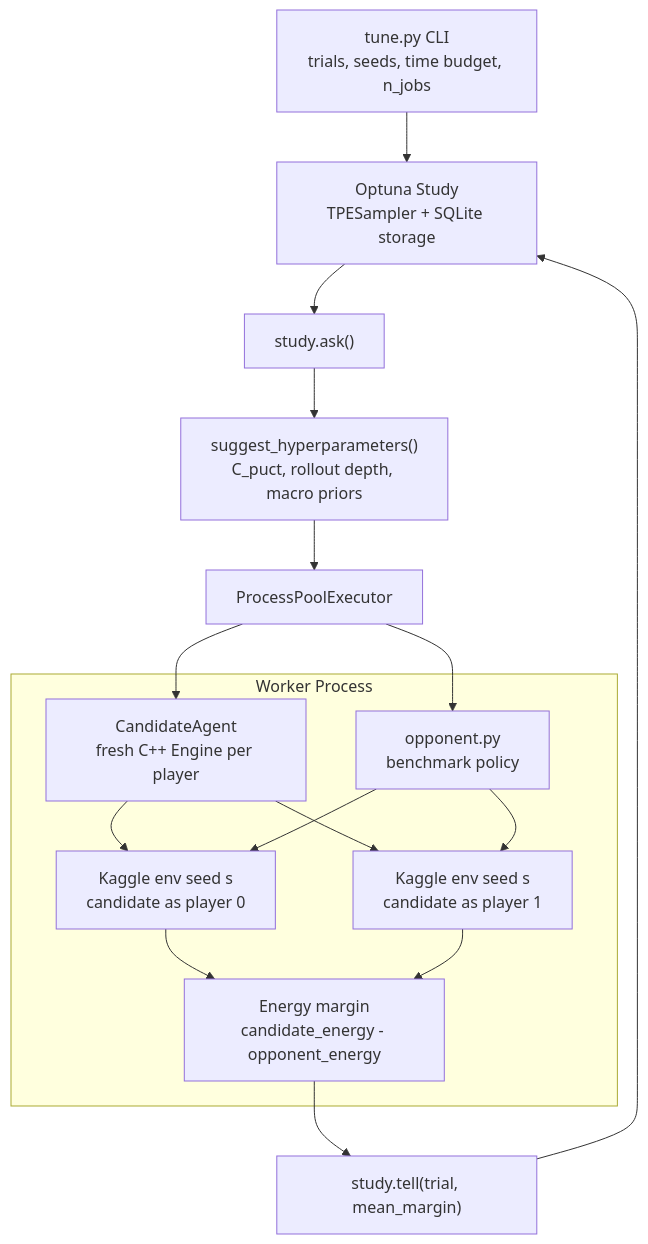
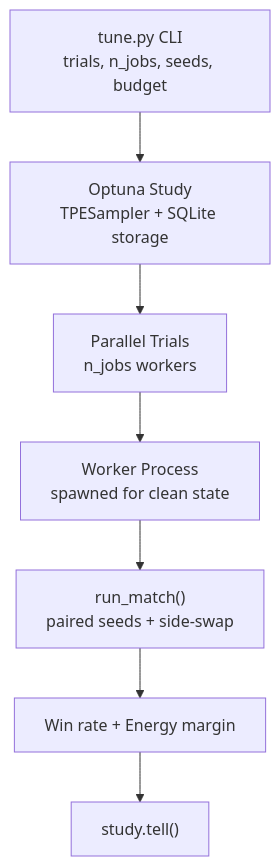
The fifth of 5 diagrams in README.md (emanuellcs/maze-crawler-ismcts), drawn with Mermaid before and after one commit. The commit also changed other lines of this file and 1 other file, not shown here.

Commit message:
docs: update README and source comments to reflect root parallelization and refactored tuning pipeline

````diff
--- a/README.md
+++ b/README.md
@@ -490,26 +493,9 @@
 ```mermaid
 flowchart TB
-    CLI["tune.py CLI<br/>trials, seeds, time budget, n_jobs"] --> Study["Optuna Study<br/>TPESampler + SQLite storage"]
-    Study --> Ask["study.ask()"]
-    Ask --> Sample["suggest_hyperparameters()<br/>C_puct, rollout depth, macro priors"]
-    Sample --> Pool["ProcessPoolExecutor"]
-
-    subgraph Worker["Worker Process"]
-        Candidate["CandidateAgent<br/>fresh C++ Engine per player"]
-        Opponent["opponent.py<br/>benchmark policy"]
-        Env0["Kaggle env seed s<br/>candidate as player 0"]
-        Env1["Kaggle env seed s<br/>candidate as player 1"]
-        Score["Energy margin<br/>candidate_energy - opponent_energy"]
-    end
-
-    Pool --> Candidate
-    Pool --> Opponent
-    Candidate --> Env0
-    Opponent --> Env0
-    Candidate --> Env1
-    Opponent --> Env1
-    Env0 --> Score
-    Env1 --> Score
-    Score --> Tell["study.tell(trial, mean_margin)"]
-    Tell --> Study
+    CLI["tune.py CLI<br/>trials, n_jobs, seeds, budget"] --> Study["Optuna Study<br/>TPESampler + SQLite storage"]
+    Study --> Parallel["Parallel Trials<br/>n_jobs workers"]
+    Parallel --> Worker["Worker Process<br/>spawned for clean state"]
+    Worker --> Match["run_match()<br/>paired seeds + side-swap"]
+    Match --> Score["Win rate + Energy margin"]
+    Score --> Tell["study.tell()"]
 ```
````
